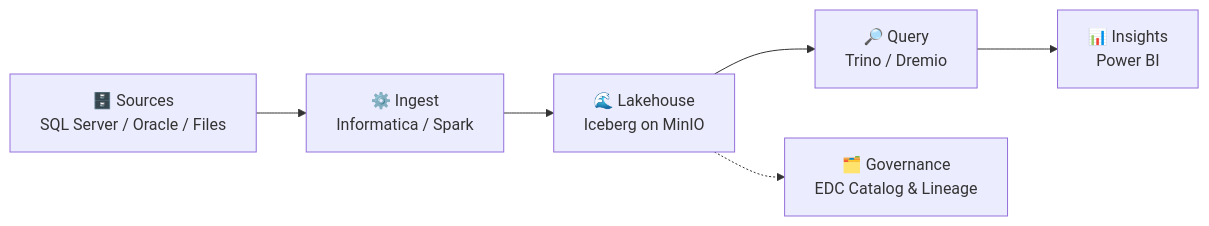
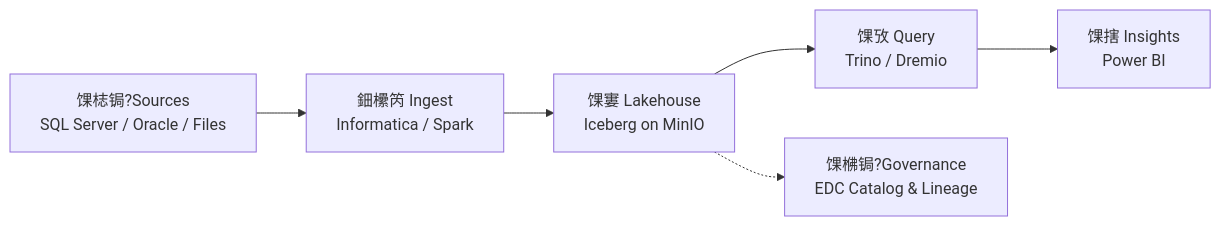
The diagram in README.md (alisherif98/alisherif98), drawn with Mermaid before and after one commit. The commit also changed other lines of this file, not shown here.

````diff
--- a/README.md
+++ b/README.md
@@ -71,8 +74,8 @@
 ```mermaid
 flowchart LR
-    A[🗄️ Sources<br/>SQL Server / Oracle / Files] --> B[⚙️ Ingest<br/>Informatica / Spark]
-    B --> C[🌊 Lakehouse<br/>Iceberg on MinIO]
-    C --> D[🔎 Query<br/>Trino / Dremio]
-    D --> E[📊 Insights<br/>Power BI]
-    C -.-> F[🗂️ Governance<br/>EDC Catalog & Lineage]
+    A[馃梽锔?Sources<br/>SQL Server / Oracle / Files] --> B[鈿欙笍 Ingest<br/>Informatica / Spark]
+    B --> C[馃寠 Lakehouse<br/>Iceberg on MinIO]
+    C --> D[馃攷 Query<br/>Trino / Dremio]
+    D --> E[馃搳 Insights<br/>Power BI]
+    C -.-> F[馃梻锔?Governance<br/>EDC Catalog & Lineage]
 ```
````
